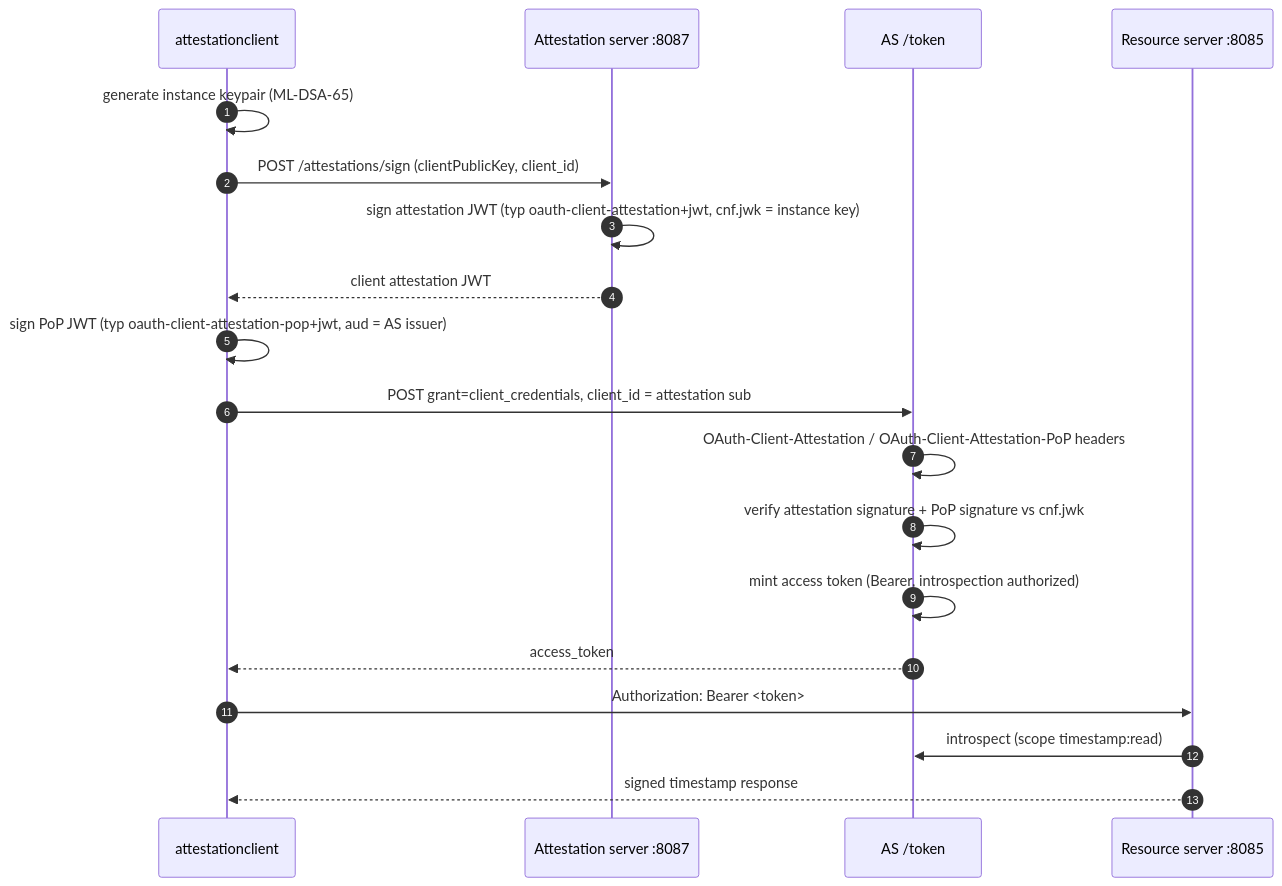
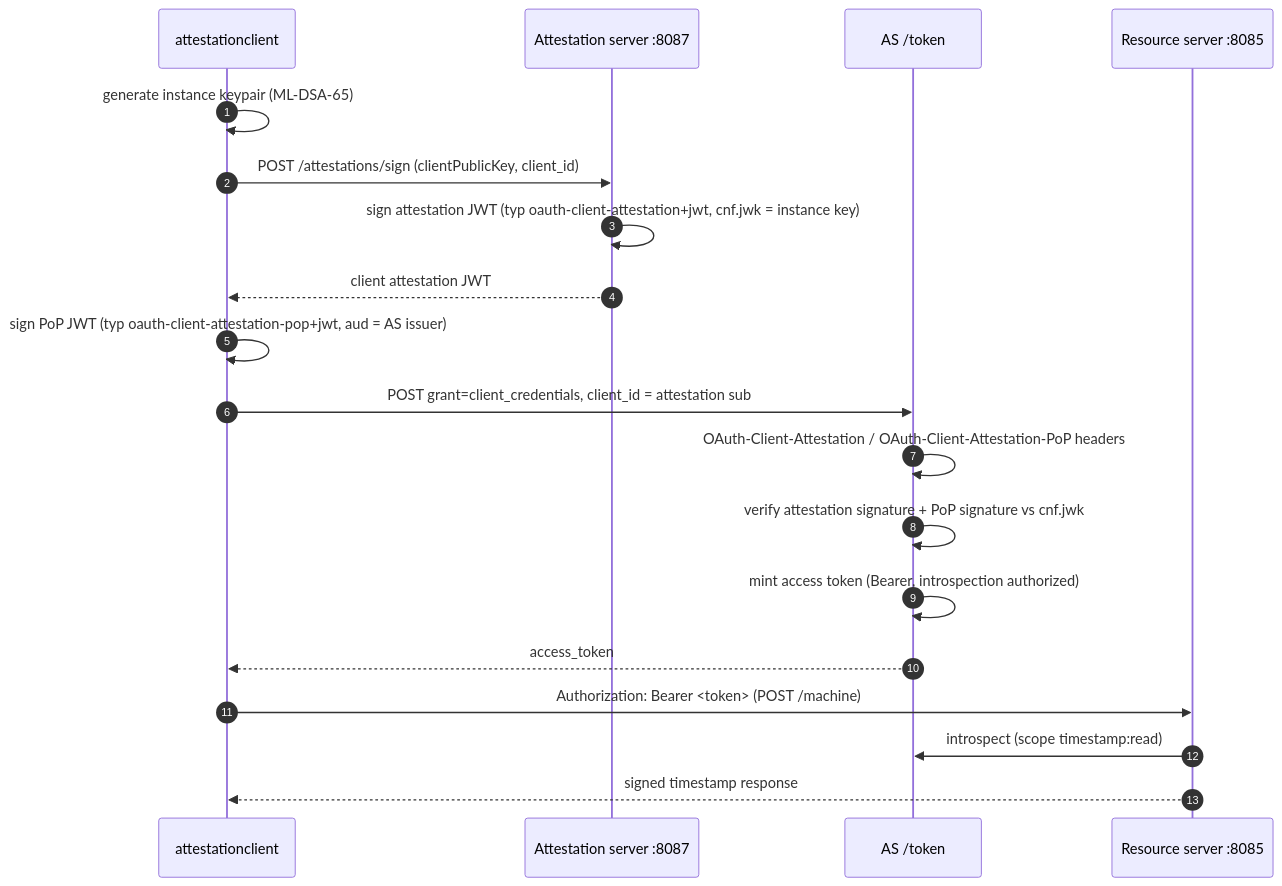
Before and after one commit to zntrio/solid: the diagram in examples/attestationclient/README.md, drawn with Mermaid. The commit also changed other lines of this file and 47 other files, not shown here.

First line of the commit message:
feat(example): AI Agent + MCP + RS flow. (#143)

````diff
--- a/examples/attestationclient/README.md
+++ b/examples/attestationclient/README.md
@@ -14,22 +14,22 @@
 ```mermaid
 sequenceDiagram
     autonumber
     participant C as attestationclient
     participant AS as Attestation server :8087
     participant T as AS /token
     participant R as Resource server :8085
 
     C->>C: generate instance keypair (ML-DSA-65)
     C->>AS: POST /attestations/sign (clientPublicKey, client_id)
     AS->>AS: sign attestation JWT (typ oauth-client-attestation+jwt, cnf.jwk = instance key)
     AS-->>C: client attestation JWT
     C->>C: sign PoP JWT (typ oauth-client-attestation-pop+jwt, aud = AS issuer)
     C->>T: POST grant=client_credentials, client_id = attestation sub
     T->>T: OAuth-Client-Attestation / OAuth-Client-Attestation-PoP headers
     T->>T: verify attestation signature + PoP signature vs cnf.jwk
     T->>T: mint access token (Bearer, introspection authorized)
     T-->>C: access_token
-    C->>R: Authorization: Bearer <token>
+    C->>R: Authorization: Bearer <token> (POST /machine)
     R->>T: introspect (scope timestamp:read)
     R-->>C: signed timestamp response
 ```
````
